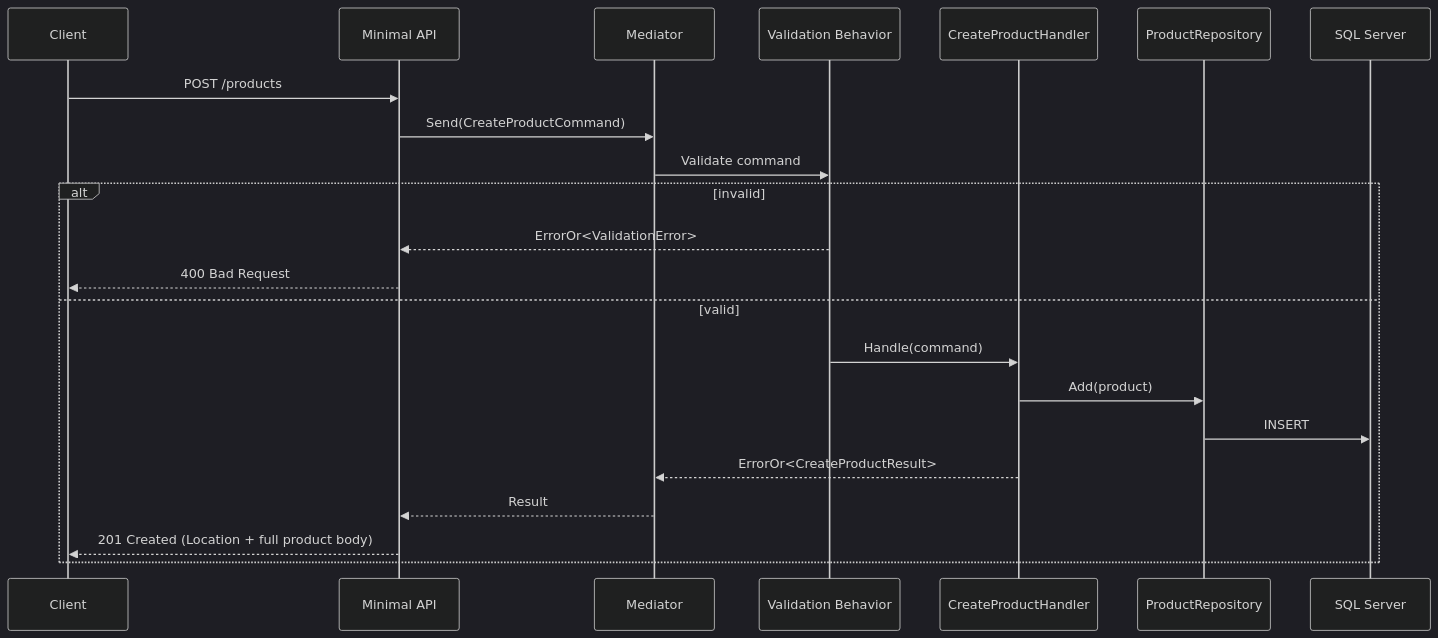
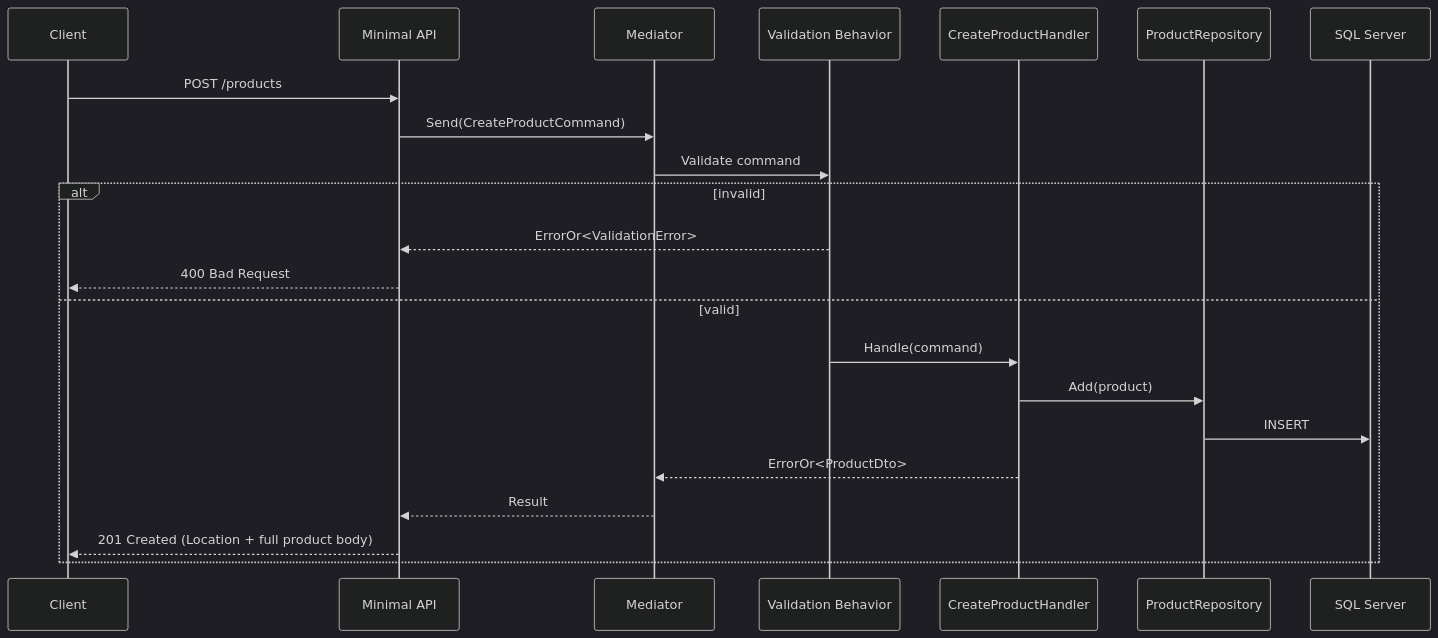
One commit to grabreu/product-catalog changed the second of 2 diagrams in docs/architecture.md. Above: the diagram before and after it, drawn with Mermaid (dark theme). The commit also changed other lines of this file and 11 other files, not shown here.

Commit message:
feat: add ProductDto shared read model, seal DbContext, align explicit package references

````diff
--- a/docs/architecture.md
+++ b/docs/architecture.md
@@ -76,25 +84,25 @@
 ```mermaid
 sequenceDiagram
     participant Client
     participant Api as Minimal API
     participant Mediator
     participant Validation as Validation Behavior
     participant Handler as CreateProductHandler
     participant Repo as ProductRepository
     participant DB as SQL Server
 
     Client->>Api: POST /products
     Api->>Mediator: Send(CreateProductCommand)
     Mediator->>Validation: Validate command
     alt invalid
         Validation-->>Api: ErrorOr<ValidationError>
         Api-->>Client: 400 Bad Request
     else valid
         Validation->>Handler: Handle(command)
         Handler->>Repo: Add(product)
         Repo->>DB: INSERT
-        Handler-->>Mediator: ErrorOr<CreateProductResult>
+        Handler-->>Mediator: ErrorOr<ProductDto>
         Mediator-->>Api: Result
         Api-->>Client: 201 Created (Location + full product body)
     end
 ```
````
